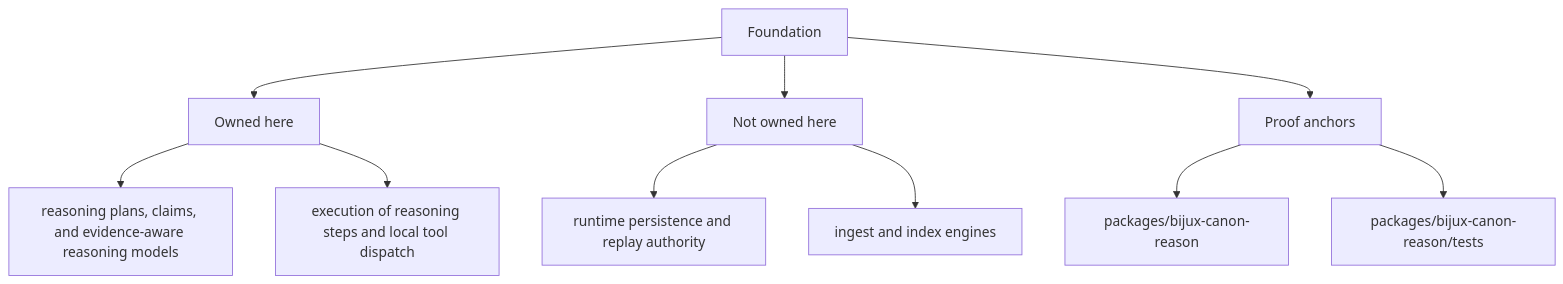
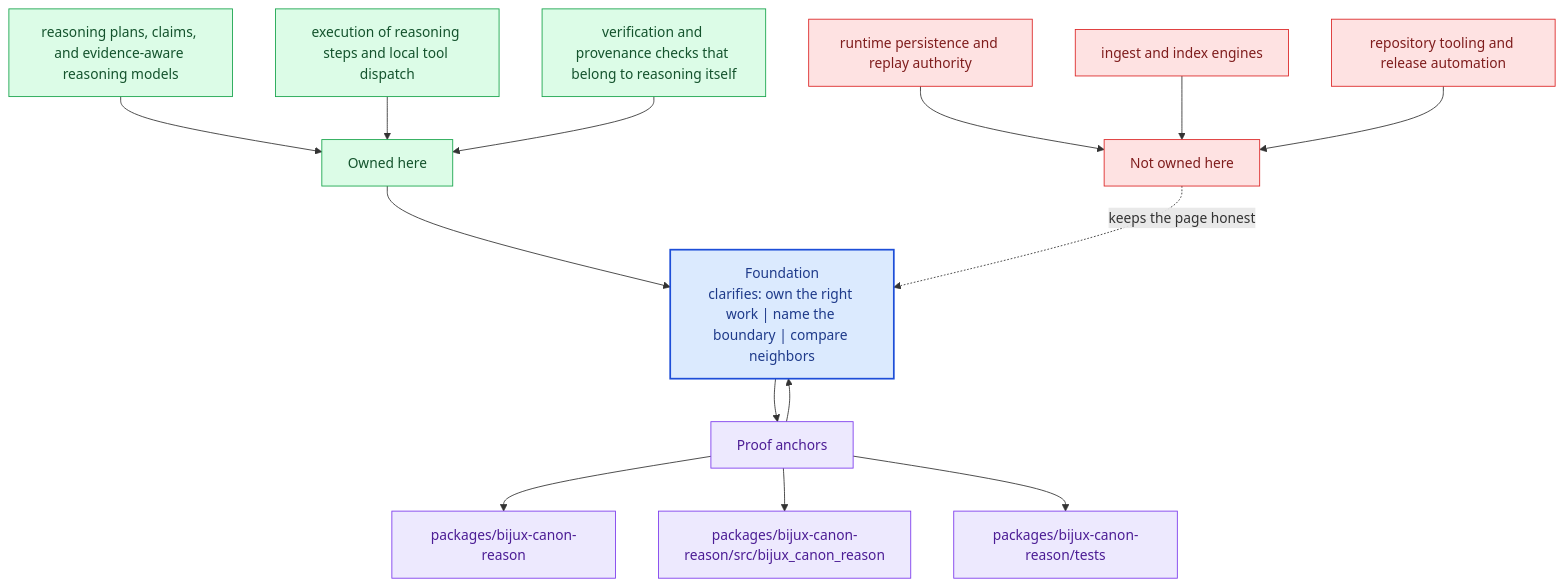
The second of 2 diagrams in docs/bijux-canon-reason/foundation/index.md (bijux/bijux-canon), drawn with Mermaid before and after one commit. The commit also changed other lines of this file and 281 other files, not shown here.

Commit message:
docs(diagrams): deepen handbook mermaid maps across the catalog

````diff
--- a/docs/bijux-canon-reason/foundation/index.md
+++ b/docs/bijux-canon-reason/foundation/index.md
@@ -32,22 +65,40 @@
 ```mermaid
-flowchart TD
-    page["Foundation"]
+flowchart TB
+    promise["Foundation<br/>clarifies: own the right work | name the boundary | compare neighbors"]
+    classDef promise fill:#dbeafe,stroke:#1d4ed8,color:#1e3a8a,stroke-width:2px;
+    classDef driver fill:#dcfce7,stroke:#16a34a,color:#14532d;
+    classDef constraint fill:#fee2e2,stroke:#dc2626,color:#7f1d1d;
+    classDef ground fill:#ede9fe,stroke:#7c3aed,color:#4c1d95;
     focus1["Owned here"]
-    page --> focus1
+    focus1 --> promise
     focus1_1["reasoning plans, claims, and evidence-aware reasoning models"]
-    focus1 --> focus1_1
+    focus1_1 --> focus1
     focus1_2["execution of reasoning steps and local tool dispatch"]
-    focus1 --> focus1_2
+    focus1_2 --> focus1
+    focus1_3["verification and provenance checks that belong to reasoning itself"]
+    focus1_3 --> focus1
+    class focus1 driver;
+    class focus1_1,focus1_2,focus1_3 driver;
     focus2["Not owned here"]
-    page --> focus2
+    focus2 -.keeps the page honest.-> promise
     focus2_1["runtime persistence and replay authority"]
-    focus2 --> focus2_1
+    focus2_1 --> focus2
     focus2_2["ingest and index engines"]
-    focus2 --> focus2_2
+    focus2_2 --> focus2
+    focus2_3["repository tooling and release automation"]
+    focus2_3 --> focus2
+    class focus2 constraint;
+    class focus2_1,focus2_2,focus2_3 constraint;
     focus3["Proof anchors"]
-    page --> focus3
+    focus3 --> promise
+    promise --> focus3
     focus3_1["packages/bijux-canon-reason"]
     focus3 --> focus3_1
-    focus3_2["packages/bijux-canon-reason/tests"]
+    focus3_2["packages/bijux-canon-reason/src/bijux_canon_reason"]
     focus3 --> focus3_2
+    focus3_3["packages/bijux-canon-reason/tests"]
+    focus3 --> focus3_3
+    class focus3 ground;
+    class focus3_1,focus3_2,focus3_3 ground;
+    class promise promise;
 ```
````
